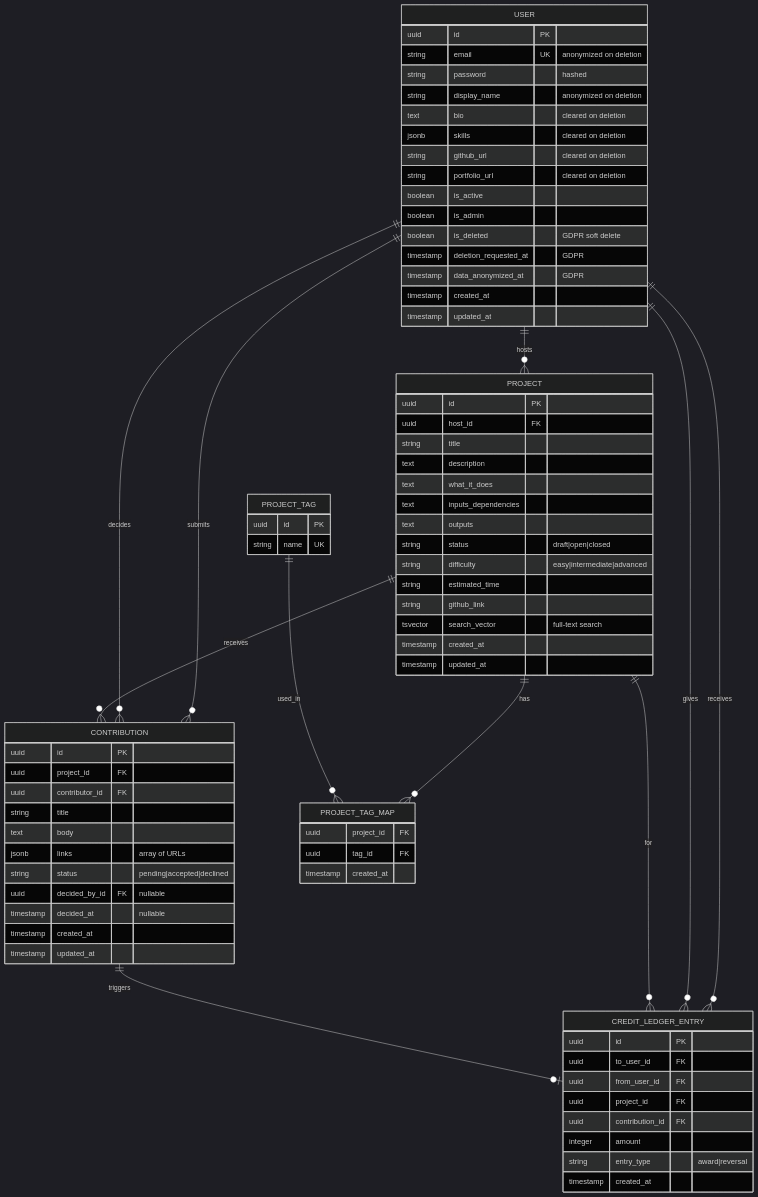
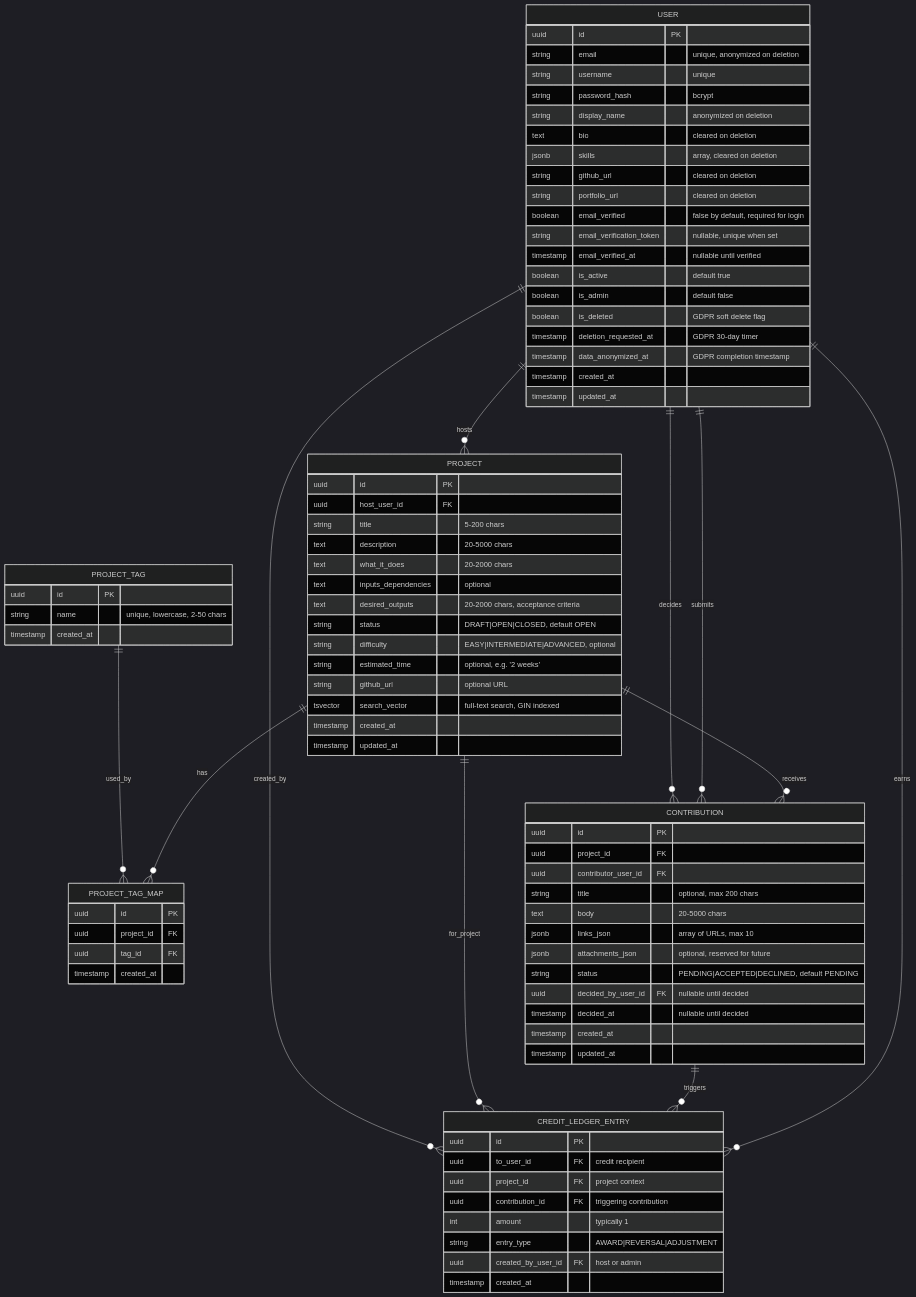
The diagram in specs/001-platform-mvp/data-model.md (mushimuro/InterfaceHive), drawn with Mermaid (dark theme) before and after one commit. The commit also changed other lines of this file and 186 other files, not shown here.

````diff
--- a/specs/001-platform-mvp/data-model.md
+++ b/specs/001-platform-mvp/data-model.md
@@ -13,87 +14,94 @@
 ```mermaid
 erDiagram
-    USER ||--o{ PROJECT : "hosts"
-    USER ||--o{ CONTRIBUTION : "submits"
-    USER ||--o{ CONTRIBUTION : "decides"
-    USER ||--o{ CREDIT_LEDGER_ENTRY : "receives"
-    USER ||--o{ CREDIT_LEDGER_ENTRY : "gives"
-    
-    PROJECT ||--o{ CONTRIBUTION : "receives"
-    PROJECT ||--o{ PROJECT_TAG_MAP : "has"
-    PROJECT ||--o{ CREDIT_LEDGER_ENTRY : "for"
-    
-    PROJECT_TAG ||--o{ PROJECT_TAG_MAP : "used_in"
-    
-    CONTRIBUTION ||--o| CREDIT_LEDGER_ENTRY : "triggers"
-    
-    USER {
-        uuid id PK
-        string email UK "anonymized on deletion"
-        string password "hashed"
-        string display_name "anonymized on deletion"
-        text bio "cleared on deletion"
-        jsonb skills "cleared on deletion"
-        string github_url "cleared on deletion"
-        string portfolio_url "cleared on deletion"
-        boolean is_active
-        boolean is_admin
-        boolean is_deleted "GDPR soft delete"
-        timestamp deletion_requested_at "GDPR"
-        timestamp data_anonymized_at "GDPR"
-        timestamp created_at
-        timestamp updated_at
-    }
-    
-    PROJECT {
-        uuid id PK
-        uuid host_id FK
-        string title
-        text description
-        text what_it_does
-        text inputs_dependencies
-        text outputs
-        string status "draft|open|closed"
-        string difficulty "easy|intermediate|advanced"
-        string estimated_time
-        string github_link
-        tsvector search_vector "full-text search"
-        timestamp created_at
-        timestamp updated_at
-    }
-    
-    PROJECT_TAG {
-        uuid id PK
-        string name UK
-    }
-    
-    PROJECT_TAG_MAP {
-        uuid project_id FK
-        uuid tag_id FK
-        timestamp created_at
-    }
-    
-    CONTRIBUTION {
-        uuid id PK
-        uuid project_id FK
-        uuid contributor_id FK
-        string title
-        text body
-        jsonb links "array of URLs"
-        string status "pending|accepted|declined"
-        uuid decided_by_id FK "nullable"
-        timestamp decided_at "nullable"
-        timestamp created_at
-        timestamp updated_at
-    }
-    
-    CREDIT_LEDGER_ENTRY {
-        uuid id PK
-        uuid to_user_id FK
-        uuid from_user_id FK
-        uuid project_id FK
-        uuid contribution_id FK
-        integer amount
-        string entry_type "award|reversal"
-        timestamp created_at
-    }
+  USER {
+    uuid id PK
+    string email "unique, anonymized on deletion"
+    string username "unique"
+    string password_hash "bcrypt"
+    string display_name "anonymized on deletion"
+    text bio "cleared on deletion"
+    jsonb skills "array, cleared on deletion"
+    string github_url "cleared on deletion"
+    string portfolio_url "cleared on deletion"
+    boolean email_verified "false by default, required for login"
+    string email_verification_token "nullable, unique when set"
+    timestamp email_verified_at "nullable until verified"
+    boolean is_active "default true"
+    boolean is_admin "default false"
+    boolean is_deleted "GDPR soft delete flag"
+    timestamp deletion_requested_at "GDPR 30-day timer"
+    timestamp data_anonymized_at "GDPR completion timestamp"
+    timestamp created_at
+    timestamp updated_at
+  }
+
+  PROJECT {
+    uuid id PK
+    uuid host_user_id FK
+    string title "5-200 chars"
+    text description "20-5000 chars"
+    text what_it_does "20-2000 chars"
+    text inputs_dependencies "optional"
+    text desired_outputs "20-2000 chars, acceptance criteria"
+    string status "DRAFT|OPEN|CLOSED, default OPEN"
+    string difficulty "EASY|INTERMEDIATE|ADVANCED, optional"
+    string estimated_time "optional, e.g. '2 weeks'"
+    string github_url "optional URL"
+    tsvector search_vector "full-text search, GIN indexed"
+    timestamp created_at
+    timestamp updated_at
+  }
+
+  PROJECT_TAG {
+    uuid id PK
+    string name "unique, lowercase, 2-50 chars"
+    timestamp created_at
+  }
+
+  PROJECT_TAG_MAP {
+    uuid id PK
+    uuid project_id FK
+    uuid tag_id FK
+    timestamp created_at
+  }
+
+  CONTRIBUTION {
+    uuid id PK
+    uuid project_id FK
+    uuid contributor_user_id FK
+    string title "optional, max 200 chars"
+    text body "20-5000 chars"
+    jsonb links_json "array of URLs, max 10"
+    jsonb attachments_json "optional, reserved for future"
+    string status "PENDING|ACCEPTED|DECLINED, default PENDING"
+    uuid decided_by_user_id FK "nullable until decided"
+    timestamp decided_at "nullable until decided"
+    timestamp created_at
+    timestamp updated_at
+  }
+
+  CREDIT_LEDGER_ENTRY {
+    uuid id PK
+    uuid to_user_id FK "credit recipient"
+    uuid project_id FK "project context"
+    uuid contribution_id FK "triggering contribution"
+    int amount "typically 1"
+    string entry_type "AWARD|REVERSAL|ADJUSTMENT"
+    uuid created_by_user_id FK "host or admin"
+    timestamp created_at
+  }
+
+  %% Relationships
+  USER ||--o{ PROJECT : hosts
+  PROJECT ||--o{ CONTRIBUTION : receives
+  USER ||--o{ CONTRIBUTION : submits
+  USER ||--o{ CONTRIBUTION : decides
+
+  PROJECT ||--o{ PROJECT_TAG_MAP : has
+  PROJECT_TAG ||--o{ PROJECT_TAG_MAP : used_by
+
+  USER ||--o{ CREDIT_LEDGER_ENTRY : earns
+  CONTRIBUTION ||--o{ CREDIT_LEDGER_ENTRY : triggers
+  PROJECT ||--o{ CREDIT_LEDGER_ENTRY : for_project
+  USER ||--o{ CREDIT_LEDGER_ENTRY : created_by
 ```
````
